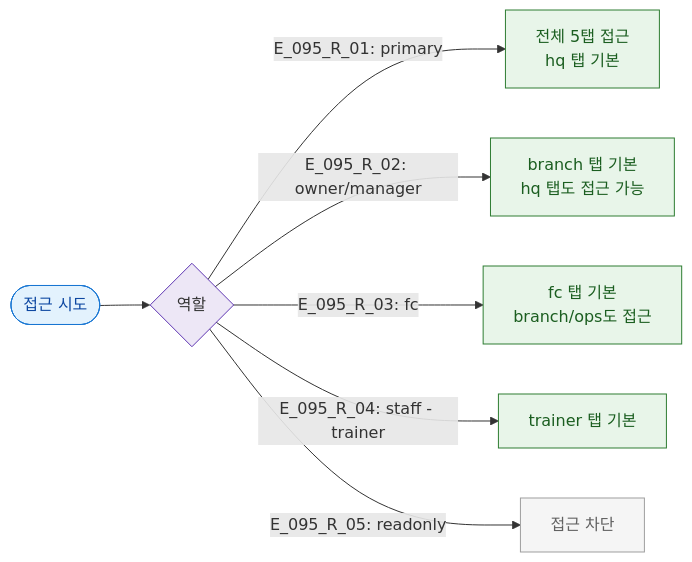
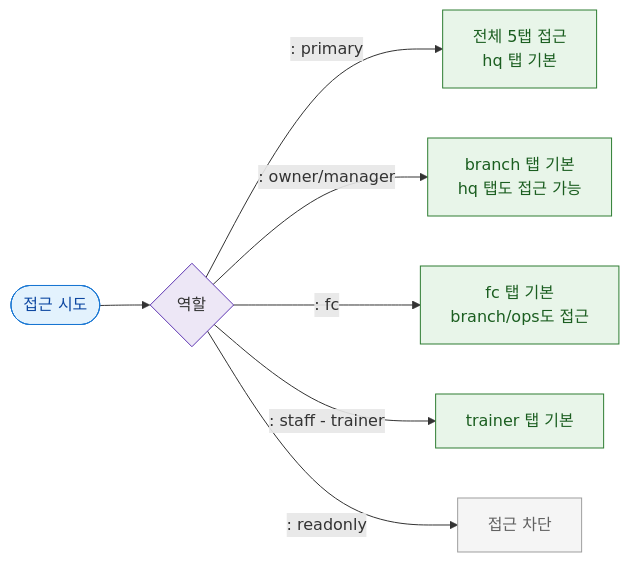
The diagram in docs/다이어그램/D10_본사관리/SCR-095_KPI프리뷰보드/F7_권한.md (dev-spogym/admin-pando), drawn with Mermaid before and after one commit. The commit also changed other lines of this file and 1660 other files, not shown here.

First line of the commit message:
다이어그램: 기획자/클라이언트 납품본으로 정리

````diff
--- a/docs/다이어그램/D10_본사관리/SCR-095_KPI프리뷰보드/F7_권한.md
+++ b/docs/다이어그램/D10_본사관리/SCR-095_KPI프리뷰보드/F7_권한.md
@@ -14,20 +12,20 @@
 ```mermaid
 flowchart LR
   Entry([접근 시도]) --> Role{역할}
 
-  Role -->|"E_095_R_01: primary"| P_View[전체 5탭 접근\nhq 탭 기본]
-  Role -->|"E_095_R_02: owner/manager"| O_View[branch 탭 기본\nhq 탭도 접근 가능]
-  Role -->|"E_095_R_03: fc"| F_View[fc 탭 기본\nbranch/ops도 접근]
-  Role -->|"E_095_R_04: staff - trainer"| T_View[trainer 탭 기본]
-  Role -->|"E_095_R_05: readonly"| Blocked[접근 차단]
+  Role -->|": primary"|P_View[전체 5탭 접근\nhq 탭 기본]
+  Role -->|": owner/manager"|O_View[branch 탭 기본\nhq 탭도 접근 가능]
+  Role -->|": fc"|F_View[fc 탭 기본\nbranch/ops도 접근]
+  Role -->|": staff - trainer"|T_View[trainer 탭 기본]
+  Role -->|": readonly"|Blocked[접근 차단]
 
   classDef screen fill:#E3F2FD,stroke:#1976D2,color:#0D47A1
   classDef system fill:#EDE7F6,stroke:#5E35B2
   classDef success fill:#E8F5E9,stroke:#2E7D32,color:#1B5E20
   classDef rbacBlocked fill:#F5F5F5,stroke:#9E9E9E,color:#616161
 
   class Entry screen
   class Role system
   class P_View,O_View,F_View,T_View success
   class Blocked rbacBlocked
 ```
````
